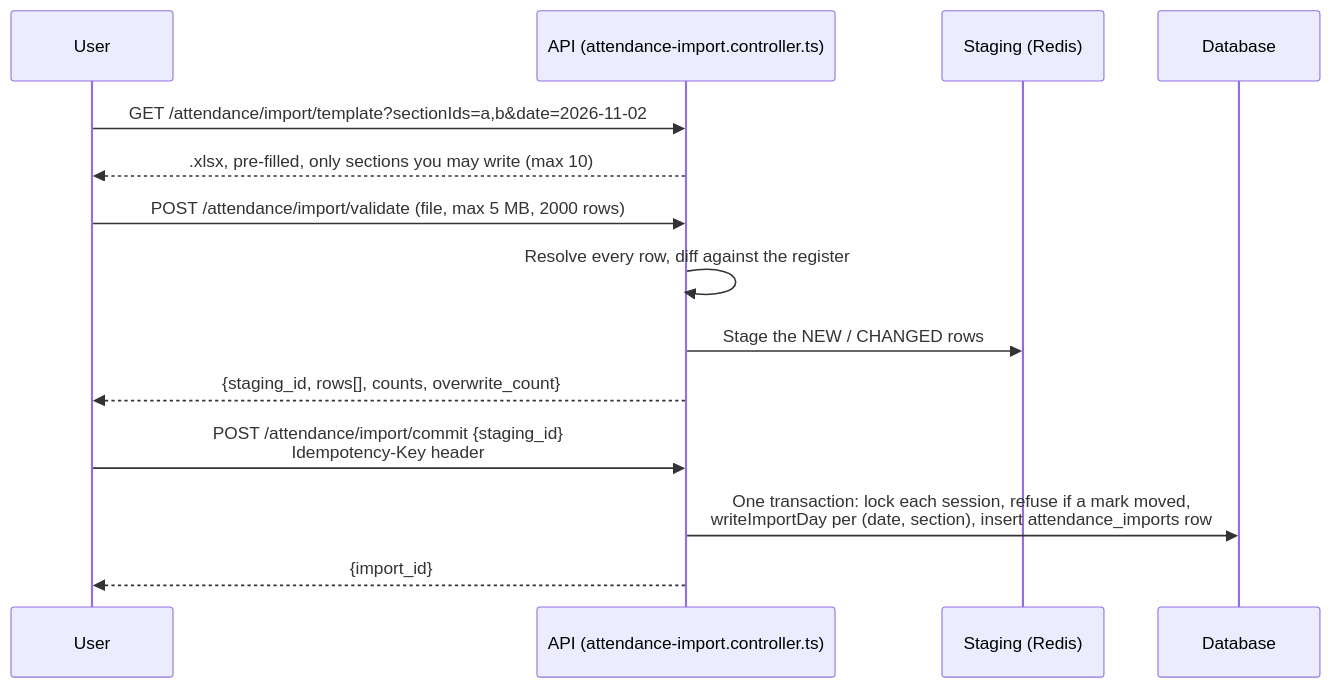
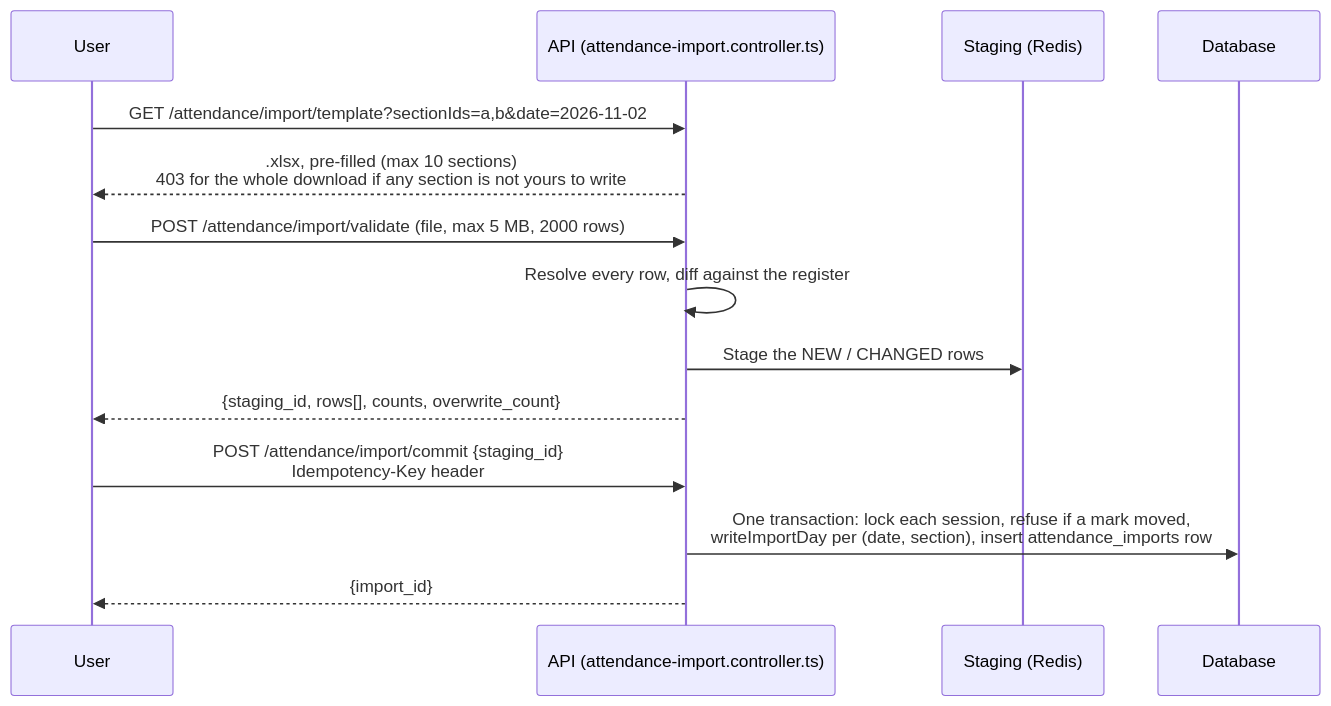
One commit to LBCron/biddaloy changed the seventh of 15 diagrams in docs/architecture/11-attendance.md. Above: the diagram before and after it, drawn with Mermaid. The commit also changed other lines of this file and 9 other files, not shown here.

````diff
--- a/docs/architecture/11-attendance.md
+++ b/docs/architecture/11-attendance.md
@@ -313,17 +313,17 @@
 ```mermaid
 sequenceDiagram
     participant U as User
     participant A as API (attendance-import.controller.ts)
     participant S as Staging (Redis)
     participant DB as Database
 
     U->>A: GET /attendance/import/template?sectionIds=a,b&date=2026-11-02
-    A-->>U: .xlsx, pre-filled, only sections you may write (max 10)
+    A-->>U: .xlsx, pre-filled (max 10 sections)<br/>403 for the whole download if any section is not yours to write
     U->>A: POST /attendance/import/validate (file, max 5 MB, 2000 rows)
     A->>A: Resolve every row, diff against the register
     A->>S: Stage the NEW / CHANGED rows
     A-->>U: {staging_id, rows[], counts, overwrite_count}
     U->>A: POST /attendance/import/commit {staging_id}<br/>Idempotency-Key header
     A->>DB: One transaction: lock each session, refuse if a mark moved,<br/>writeImportDay per (date, section), insert attendance_imports row
     A-->>U: {import_id}
 ```
````
